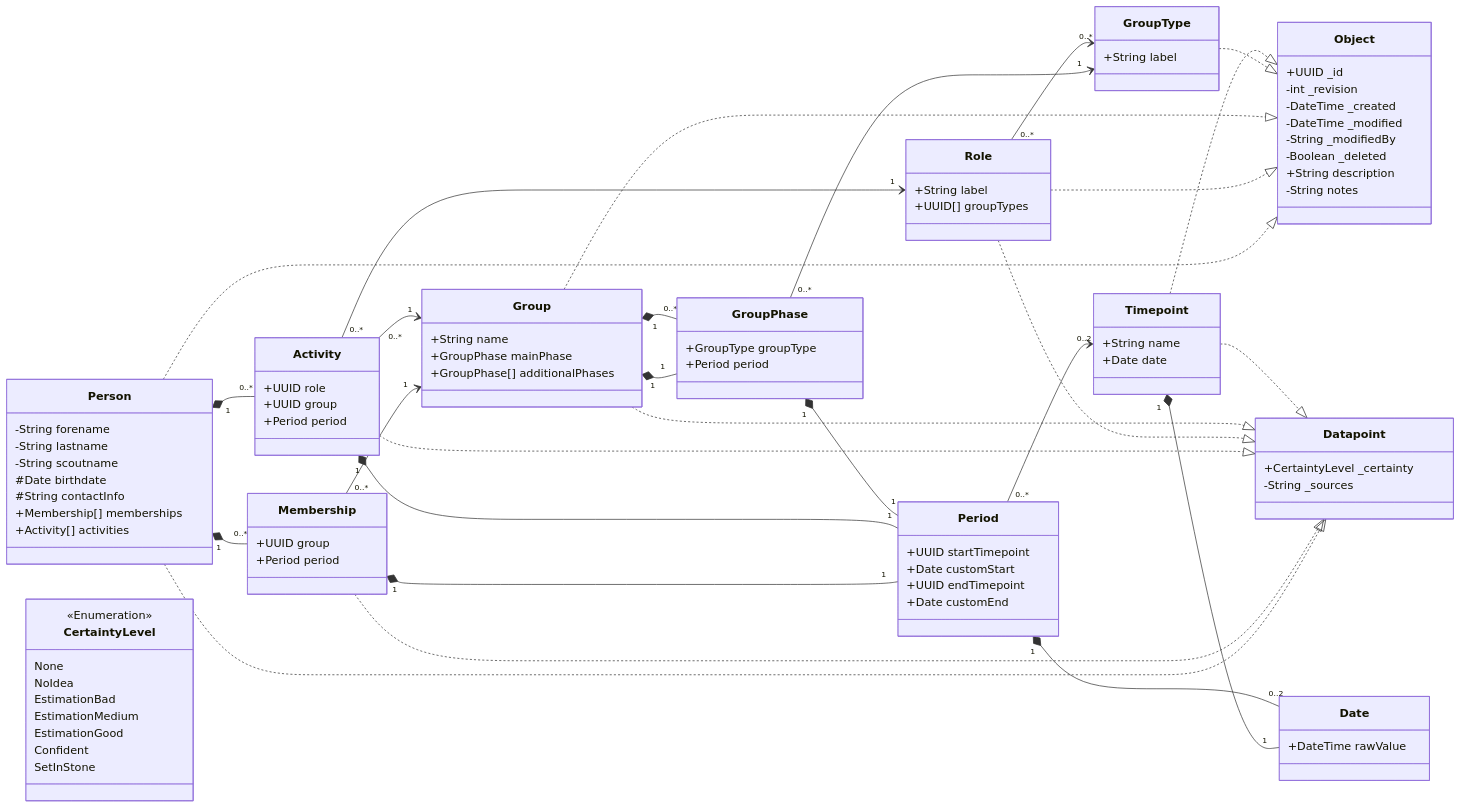
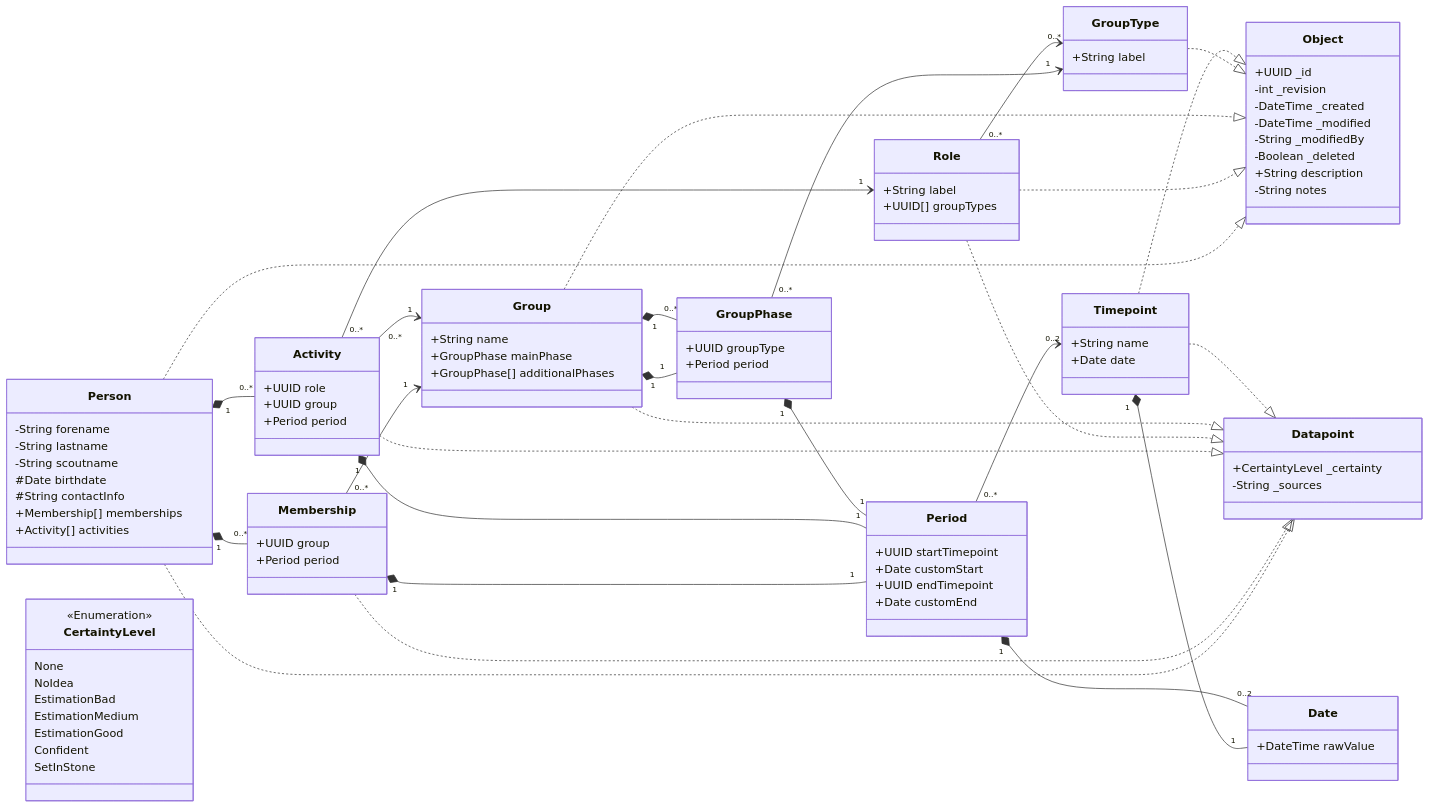
The diagram in docs/data_model.md (jrichter42/StammbaumDerVaganten), drawn with Mermaid before and after one commit. The commit also changed other lines of this file and 1 other file, not shown here.

```diff
--- a/docs/data_model.md
+++ b/docs/data_model.md
@@ -48,7 +64,7 @@
 
 class Role {
   +String label
-  %% GroupTypes in & for which this role can be held, empty means unrestricted/none
+  %% Group types in and for which this role can be held; empty means unrestricted.
   +UUID[] groupTypes
 }
 Role ..|> Object
@@ -63,7 +79,7 @@
 Group ..|> Datapoint
 
 class GroupPhase {
-  +GroupType groupType
+  +UUID groupType
   +Period period
 }
 
@@ -74,10 +90,10 @@
 
 class Period {
   +UUID startTimepoint
-  %% only valid when no startTimepoint is set
+  %% Only valid when no startTimepoint is set
   +Date customStart
   +UUID endTimepoint
-  %% only valid when no endTimepoint is set
+  %% Only valid when no endTimepoint is set
   +Date customEnd
 }
 
```
